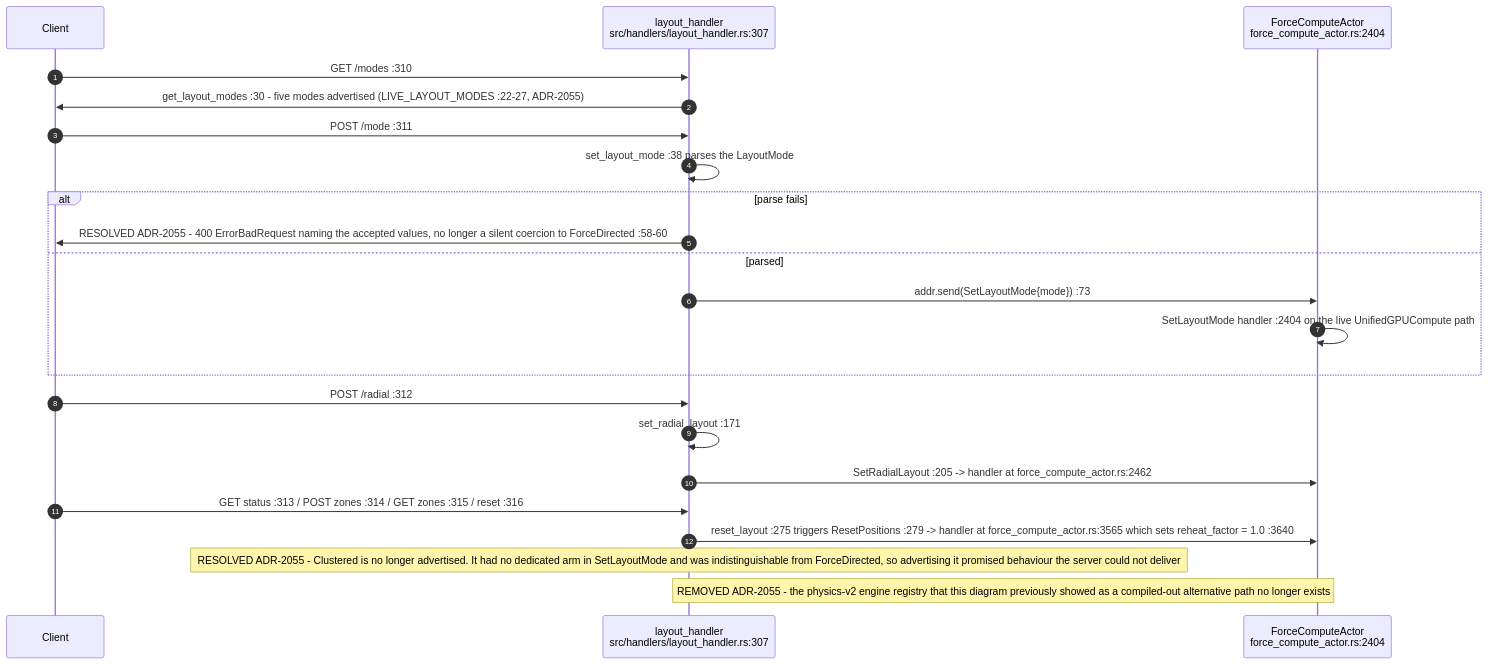
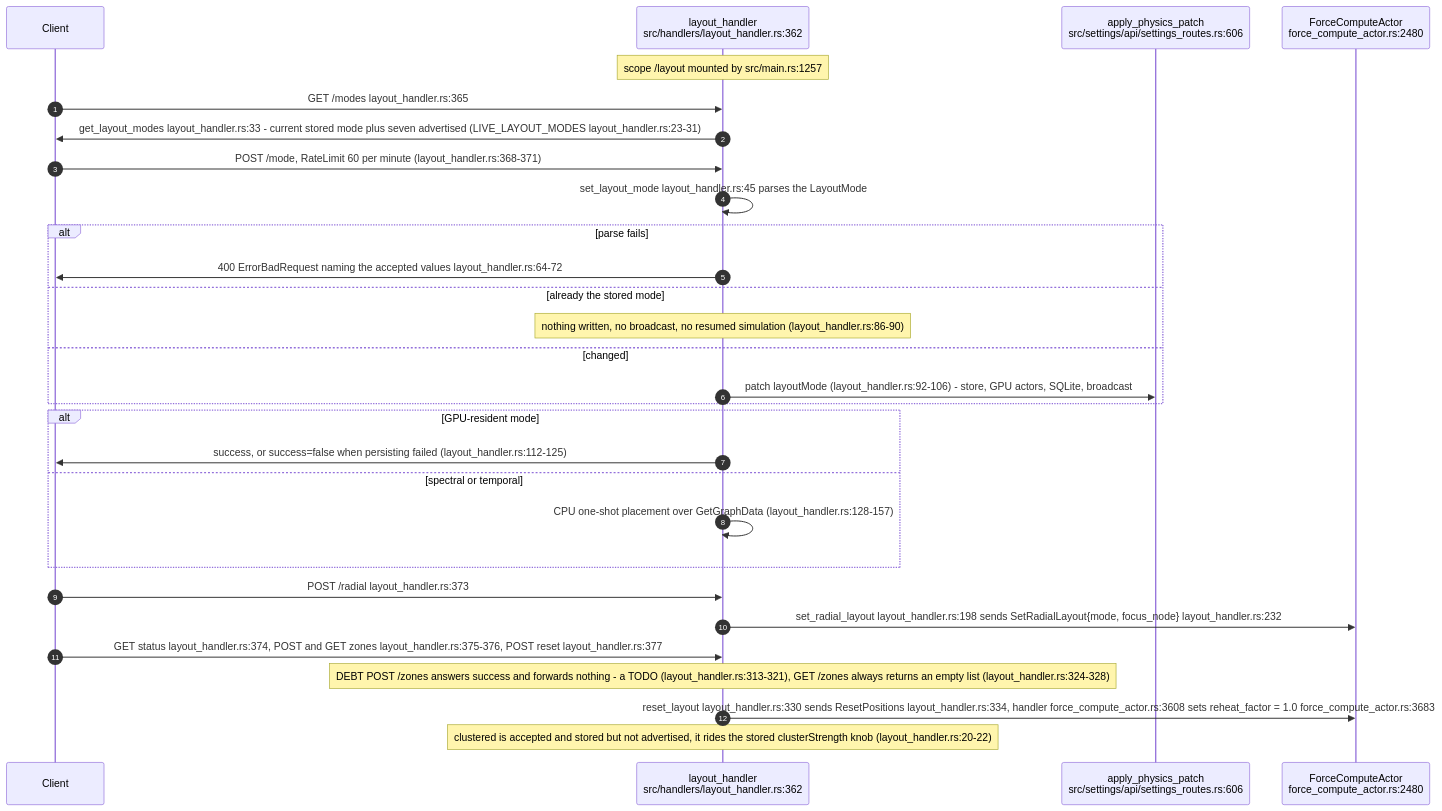
One commit to DreamLab-AI/VisionFlow changed the fifth of 8 diagrams in docs/diagrams/visionclaw/16-interaction-drag-pin-layout.md. Above: the diagram before and after it, drawn with Mermaid. The commit also changed other lines of this file and 173 other files, not shown here.

````diff
--- a/docs/diagrams/visionclaw/16-interaction-drag-pin-layout.md
+++ b/docs/diagrams/visionclaw/16-interaction-drag-pin-layout.md
@@ -160,25 +179,32 @@
 ```mermaid
 sequenceDiagram
     autonumber
     participant C as Client
-    participant LH as layout_handler<br/>src/handlers/layout_handler.rs:307
-    participant FCA as ForceComputeActor<br/>force_compute_actor.rs:2404
+    participant LH as layout_handler<br/>src/handlers/layout_handler.rs:362
+    participant APP as apply_physics_patch<br/>src/settings/api/settings_routes.rs:606
+    participant FCA as ForceComputeActor<br/>force_compute_actor.rs:2480
 
-    C->>LH: GET /modes :310
-    LH->>C: get_layout_modes :30 - five modes advertised (LIVE_LAYOUT_MODES :22-27, ADR-2055)
-    C->>LH: POST /mode :311
-    LH->>LH: set_layout_mode :38 parses the LayoutMode
+    Note over LH: scope /layout mounted by src/main.rs:1257
+    C->>LH: GET /modes layout_handler.rs:365
+    LH->>C: get_layout_modes layout_handler.rs:33 - current stored mode plus seven advertised (LIVE_LAYOUT_MODES layout_handler.rs:23-31)
+    C->>LH: POST /mode, RateLimit 60 per minute (layout_handler.rs:368-371)
+    LH->>LH: set_layout_mode layout_handler.rs:45 parses the LayoutMode
     alt parse fails
-        LH->>C: RESOLVED ADR-2055 - 400 ErrorBadRequest naming the accepted values, no longer a silent coercion to ForceDirected :58-60
-    else parsed
-        LH->>FCA: addr.send(SetLayoutMode{mode}) :73
-        FCA->>FCA: SetLayoutMode handler :2404 on the live UnifiedGPUCompute path
+        LH->>C: 400 ErrorBadRequest naming the accepted values layout_handler.rs:64-72
+    else already the stored mode
+        Note over LH: nothing written, no broadcast, no resumed simulation (layout_handler.rs:86-90)
+    else changed
+        LH->>APP: patch layoutMode (layout_handler.rs:92-106) - store, GPU actors, SQLite, broadcast
     end
-    C->>LH: POST /radial :312
-    LH->>LH: set_radial_layout :171
-    LH->>FCA: SetRadialLayout :205 -> handler at force_compute_actor.rs:2462
-    C->>LH: GET status :313 / POST zones :314 / GET zones :315 / reset :316
-    LH->>FCA: reset_layout :275 triggers ResetPositions :279 -> handler at force_compute_actor.rs:3565 which sets reheat_factor = 1.0 :3640
-    Note over LH: RESOLVED ADR-2055 - Clustered is no longer advertised. It had no dedicated arm in SetLayoutMode and was indistinguishable from ForceDirected, so advertising it promised behaviour the server could not deliver
-    Note over LH,FCA: REMOVED ADR-2055 - the physics-v2 engine registry that this diagram previously showed as a compiled-out alternative path no longer exists
+    alt GPU-resident mode
+        LH->>C: success, or success=false when persisting failed (layout_handler.rs:112-125)
+    else spectral or temporal
+        LH->>LH: CPU one-shot placement over GetGraphData (layout_handler.rs:128-157)
+    end
+    C->>LH: POST /radial layout_handler.rs:373
+    LH->>FCA: set_radial_layout layout_handler.rs:198 sends SetRadialLayout{mode, focus_node} layout_handler.rs:232
+    C->>LH: GET status layout_handler.rs:374, POST and GET zones layout_handler.rs:375-376, POST reset layout_handler.rs:377
+    Note over LH: DEBT POST /zones answers success and forwards nothing - a TODO (layout_handler.rs:313-321), GET /zones always returns an empty list (layout_handler.rs:324-328)
+    LH->>FCA: reset_layout layout_handler.rs:330 sends ResetPositions layout_handler.rs:334, handler force_compute_actor.rs:3608 sets reheat_factor = 1.0 force_compute_actor.rs:3683
+    Note over LH: clustered is accepted and stored but not advertised, it rides the stored clusterStrength knob (layout_handler.rs:20-22)
 ```
````
